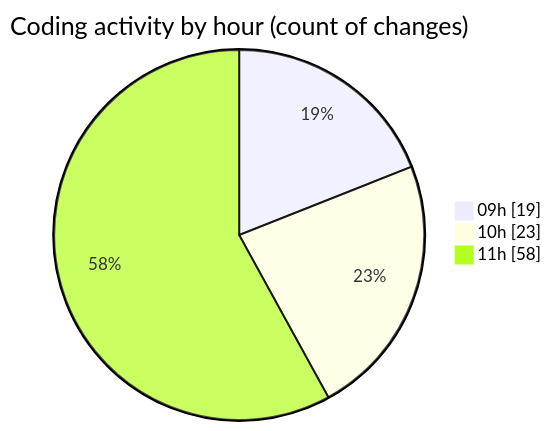
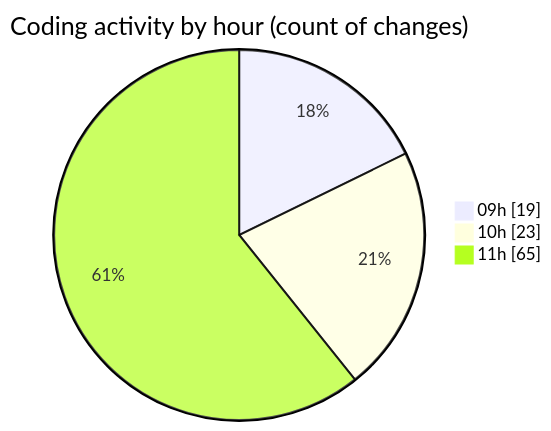
One commit to momahboobian/code-tracking changed the second of 2 diagrams in 2026-02-12/cda/README.md. Above: the diagram before and after it, drawn with Mermaid. The commit also changed other lines of this file and 1 other file, not shown here.

````diff
--- a/2026-02-12/cda/README.md
+++ b/2026-02-12/cda/README.md
@@ -38,7 +38,7 @@
 ```mermaid
 pie showData
 title Coding activity by hour (count of changes)
 "09h" : 19
 "10h" : 23
-"11h" : 58
+"11h" : 65
 ```
````
